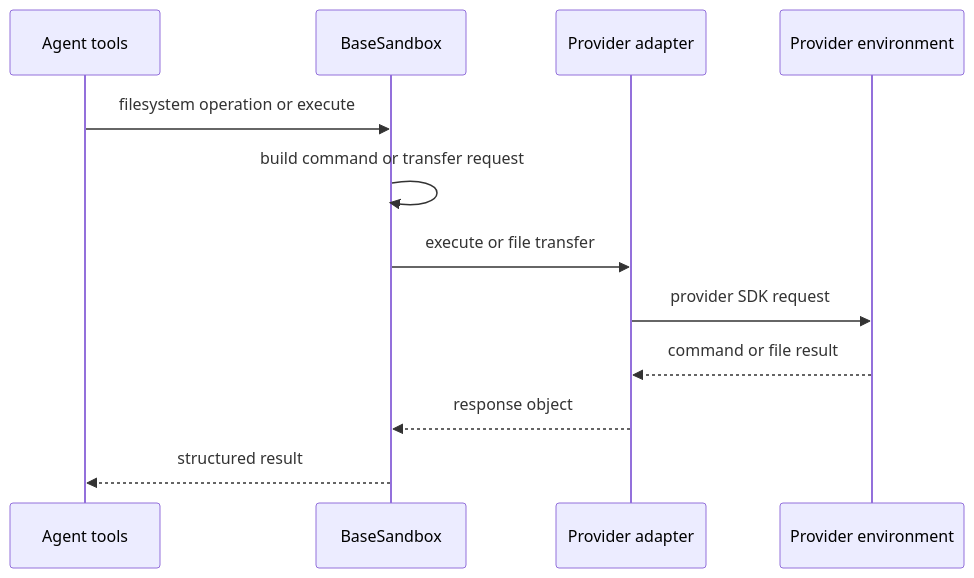
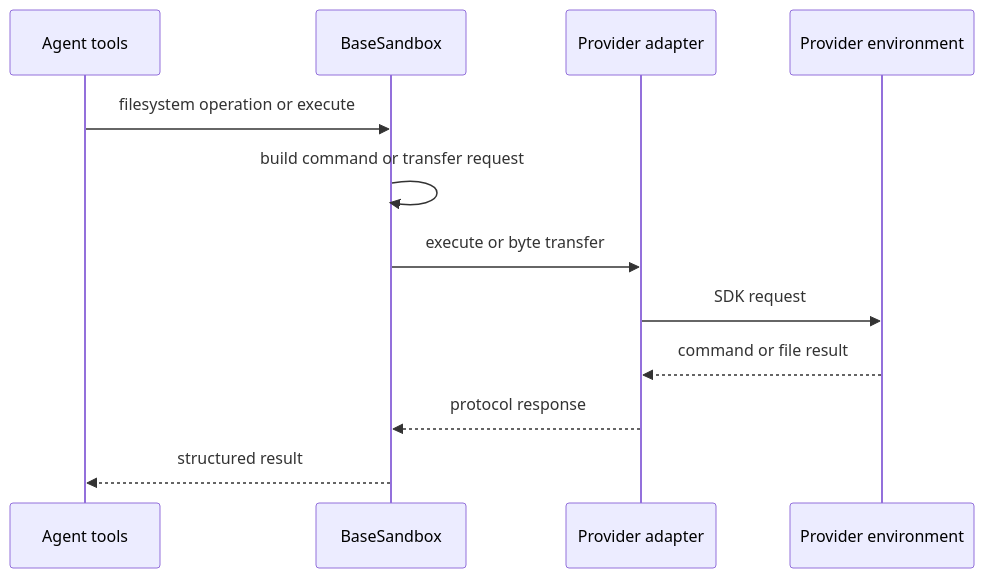
One commit to langchain-ai/deepagents changed the first of 2 diagrams in openwiki/integrations/sandbox-partners.md. Above: the diagram before and after it, drawn with Mermaid. The commit also changed other lines of this file and 37 other files, not shown here.

````diff
--- a/openwiki/integrations/sandbox-partners.md
+++ b/openwiki/integrations/sandbox-partners.md
@@ -45,15 +61,15 @@
 ```mermaid
 sequenceDiagram
     participant Agent as Agent tools
     participant Base as BaseSandbox
     participant Adapter as Provider adapter
     participant Env as Provider environment
 
     Agent->>Base: filesystem operation or execute
     Base->>Base: build command or transfer request
-    Base->>Adapter: execute or file transfer
-    Adapter->>Env: provider SDK request
+    Base->>Adapter: execute or byte transfer
+    Adapter->>Env: SDK request
     Env-->>Adapter: command or file result
-    Adapter-->>Base: response object
+    Adapter-->>Base: protocol response
     Base-->>Agent: structured result
 ```
````
